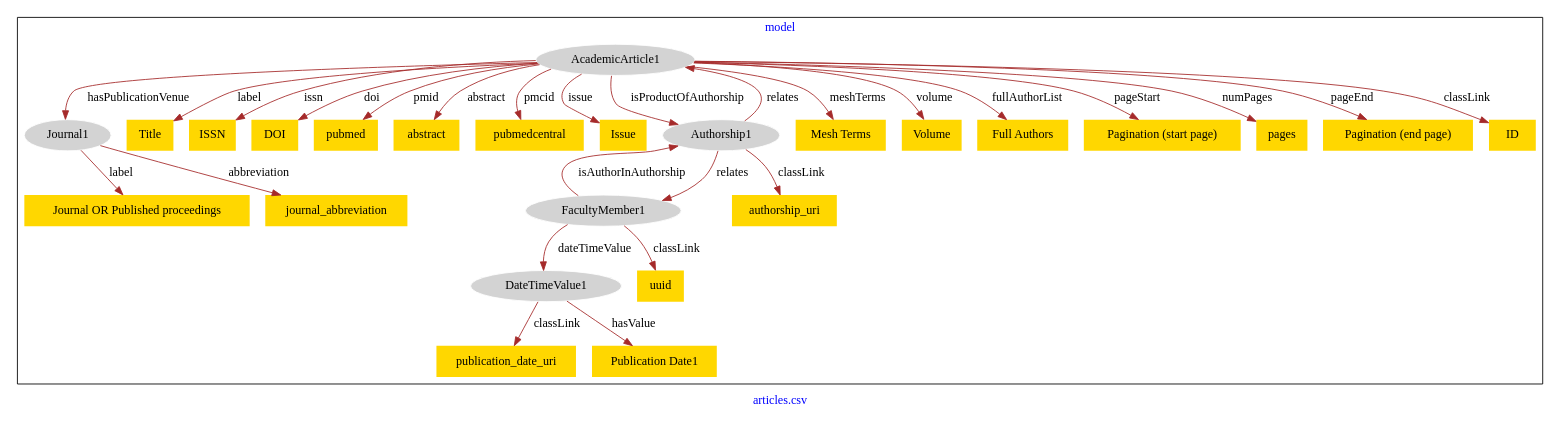
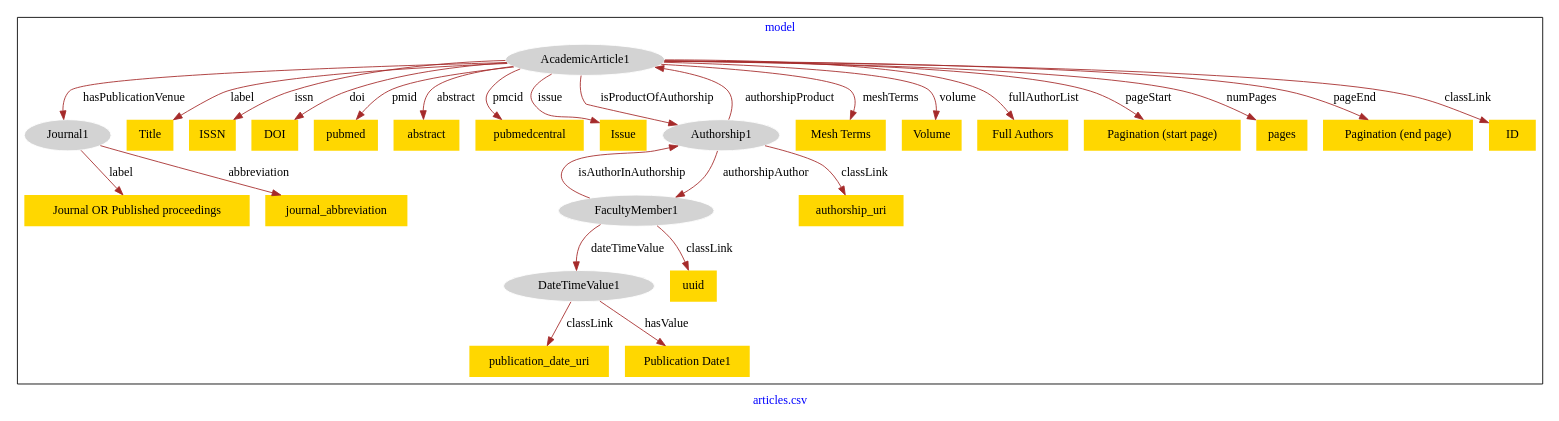
Before and after one commit to vioil/R2RML-Karma: the diagram in data/articles/articles-model.dot, drawn with Graphviz. The commit also changed 9 other files, not shown here.

```diff
--- a/data/articles/articles-model.dot
+++ b/data/articles/articles-model.dot
@@ -1,59 +1,59 @@
 digraph n0 {
 fontcolor="blue"
 remincross="true"
 label="articles.csv"
 subgraph cluster {
 label="model"
 n2[style="filled",color="white",fillcolor="lightgray",label="AcademicArticle1"];
 n3[style="filled",color="white",fillcolor="lightgray",label="Journal1"];
 n4[style="filled",color="white",fillcolor="lightgray",label="Authorship1"];
 n5[style="filled",color="white",fillcolor="lightgray",label="FacultyMember1"];
 n6[style="filled",color="white",fillcolor="lightgray",label="DateTimeValue1"];
 n7[shape="plaintext",style="filled",fillcolor="gold",label="Title"];
 n8[shape="plaintext",style="filled",fillcolor="gold",label="ISSN"];
 n9[shape="plaintext",style="filled",fillcolor="gold",label="publication_date_uri"];
 n10[shape="plaintext",style="filled",fillcolor="gold",label="DOI"];
 n11[shape="plaintext",style="filled",fillcolor="gold",label="journal_abbreviation"];
 n12[shape="plaintext",style="filled",fillcolor="gold",label="pubmed"];
 n13[shape="plaintext",style="filled",fillcolor="gold",label="authorship_uri"];
 n14[shape="plaintext",style="filled",fillcolor="gold",label="Journal OR Published proceedings"];
 n15[shape="plaintext",style="filled",fillcolor="gold",label="abstract"];
 n16[shape="plaintext",style="filled",fillcolor="gold",label="Publication Date1"];
 n17[shape="plaintext",style="filled",fillcolor="gold",label="pubmedcentral"];
 n18[shape="plaintext",style="filled",fillcolor="gold",label="Issue"];
 n19[shape="plaintext",style="filled",fillcolor="gold",label="Mesh Terms"];
 n20[shape="plaintext",style="filled",fillcolor="gold",label="Volume"];
 n21[shape="plaintext",style="filled",fillcolor="gold",label="Full Authors"];
 n22[shape="plaintext",style="filled",fillcolor="gold",label="Pagination (start page)"];
 n23[shape="plaintext",style="filled",fillcolor="gold",label="pages"];
 n24[shape="plaintext",style="filled",fillcolor="gold",label="Pagination (end page)"];
 n25[shape="plaintext",style="filled",fillcolor="gold",label="uuid"];
 n26[shape="plaintext",style="filled",fillcolor="gold",label="ID"];
 }
 n2 -> n3[color="brown",fontcolor="black",label="hasPublicationVenue"]
 n2 -> n4[color="brown",fontcolor="black",label="isProductOfAuthorship"]
-n4 -> n5[color="brown",fontcolor="black",label="relates"]
+n4 -> n5[color="brown",fontcolor="black",label="authorshipAuthor"]
 n5 -> n6[color="brown",fontcolor="black",label="dateTimeValue"]
 n2 -> n7[color="brown",fontcolor="black",label="label"]
 n2 -> n8[color="brown",fontcolor="black",label="issn"]
 n6 -> n9[color="brown",fontcolor="black",label="classLink"]
 n2 -> n10[color="brown",fontcolor="black",label="doi"]
 n3 -> n11[color="brown",fontcolor="black",label="abbreviation"]
 n2 -> n12[color="brown",fontcolor="black",label="pmid"]
 n4 -> n13[color="brown",fontcolor="black",label="classLink"]
 n3 -> n14[color="brown",fontcolor="black",label="label"]
 n2 -> n15[color="brown",fontcolor="black",label="abstract"]
 n6 -> n16[color="brown",fontcolor="black",label="hasValue"]
 n2 -> n17[color="brown",fontcolor="black",label="pmcid"]
 n2 -> n18[color="brown",fontcolor="black",label="issue"]
 n2 -> n19[color="brown",fontcolor="black",label="meshTerms"]
 n2 -> n20[color="brown",fontcolor="black",label="volume"]
 n2 -> n21[color="brown",fontcolor="black",label="fullAuthorList"]
 n2 -> n22[color="brown",fontcolor="black",label="pageStart"]
 n2 -> n23[color="brown",fontcolor="black",label="numPages"]
 n2 -> n24[color="brown",fontcolor="black",label="pageEnd"]
 n5 -> n25[color="brown",fontcolor="black",label="classLink"]
 n2 -> n26[color="brown",fontcolor="black",label="classLink"]
+n4 -> n2[color="brown",fontcolor="black",label="authorshipProduct"]
 n5 -> n4[color="brown",fontcolor="black",label="isAuthorInAuthorship"]
-n4 -> n2[color="brown",fontcolor="black",label="relates"]
 }
```
